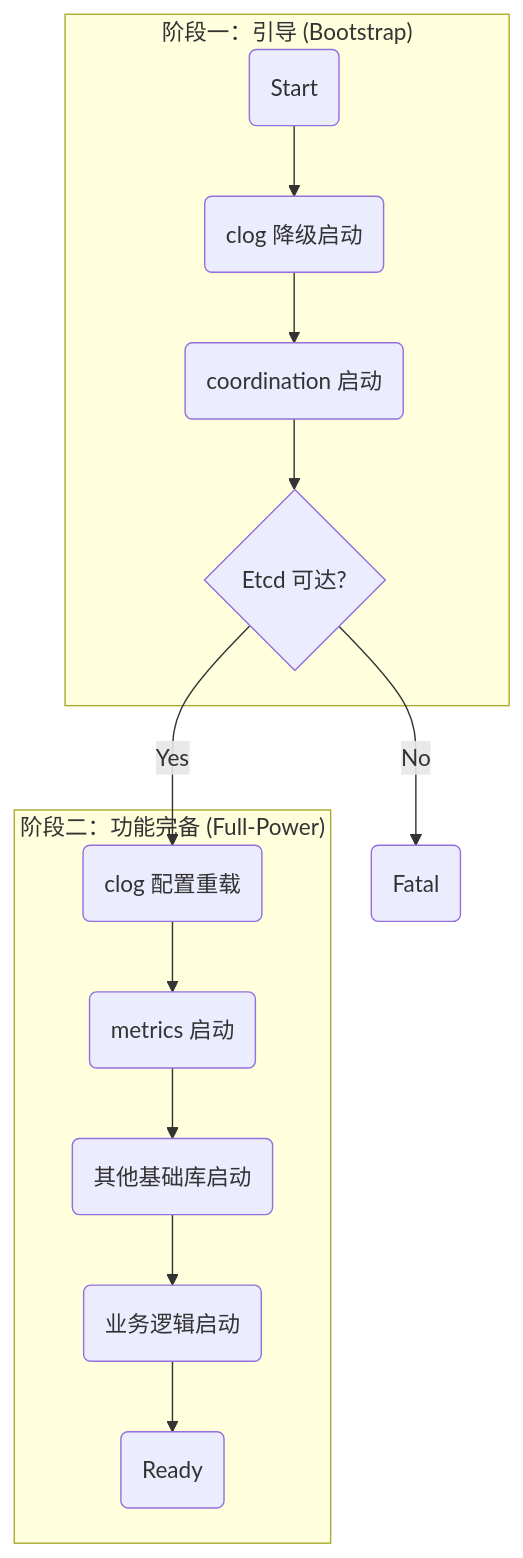
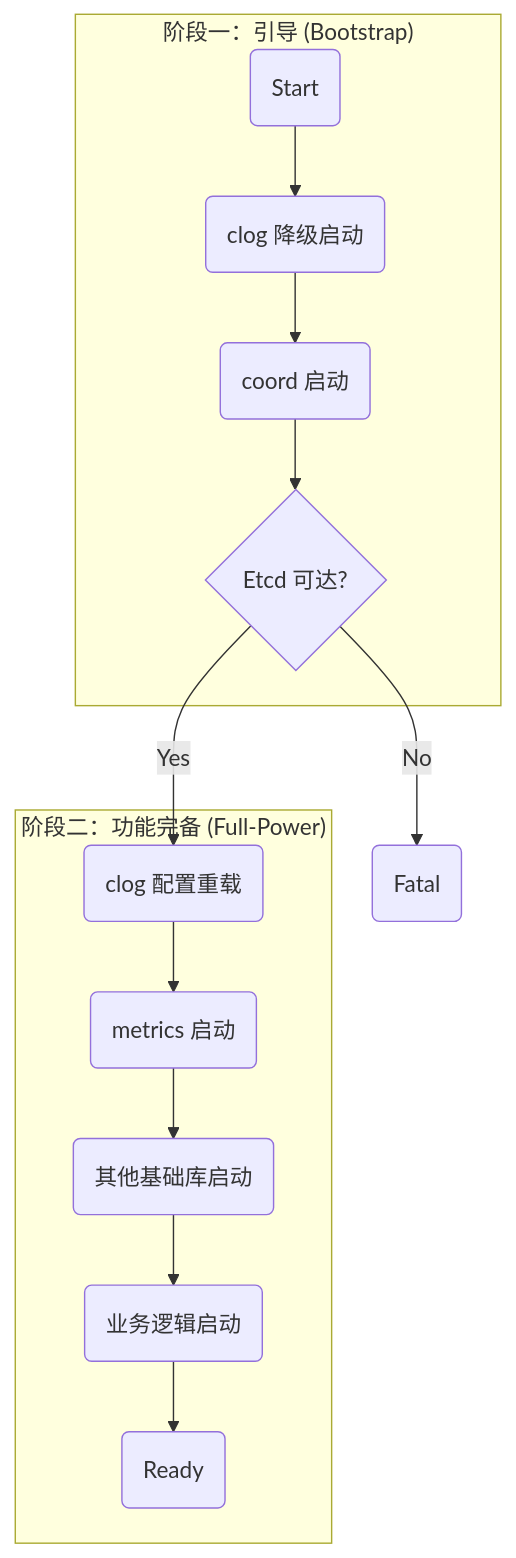
Before and after one commit to ceyewan/gochat: the second of 2 diagrams in docs/services/im-infra.md, drawn with Mermaid. The commit also changed other lines of this file and 26 other files, not shown here.

````diff
--- a/docs/services/im-infra.md
+++ b/docs/services/im-infra.md
@@ -150,18 +150,18 @@
 ```mermaid
 graph TD
     subgraph "阶段一：引导 (Bootstrap)"
         A(Start) --> B(clog 降级启动);
-        B --> C(coordination 启动);
+        B --> C(coord 启动);
         C --> D{Etcd 可达?};
     end
 
     subgraph "阶段二：功能完备 (Full-Power)"
         D -- Yes --> E(clog 配置重载);
         E --> F(metrics 启动);
         F --> G(其他基础库启动);
         G --> H(业务逻辑启动);
         H --> I(Ready);
     end
 
     D -- No --> J(Fatal);
 ```
````
